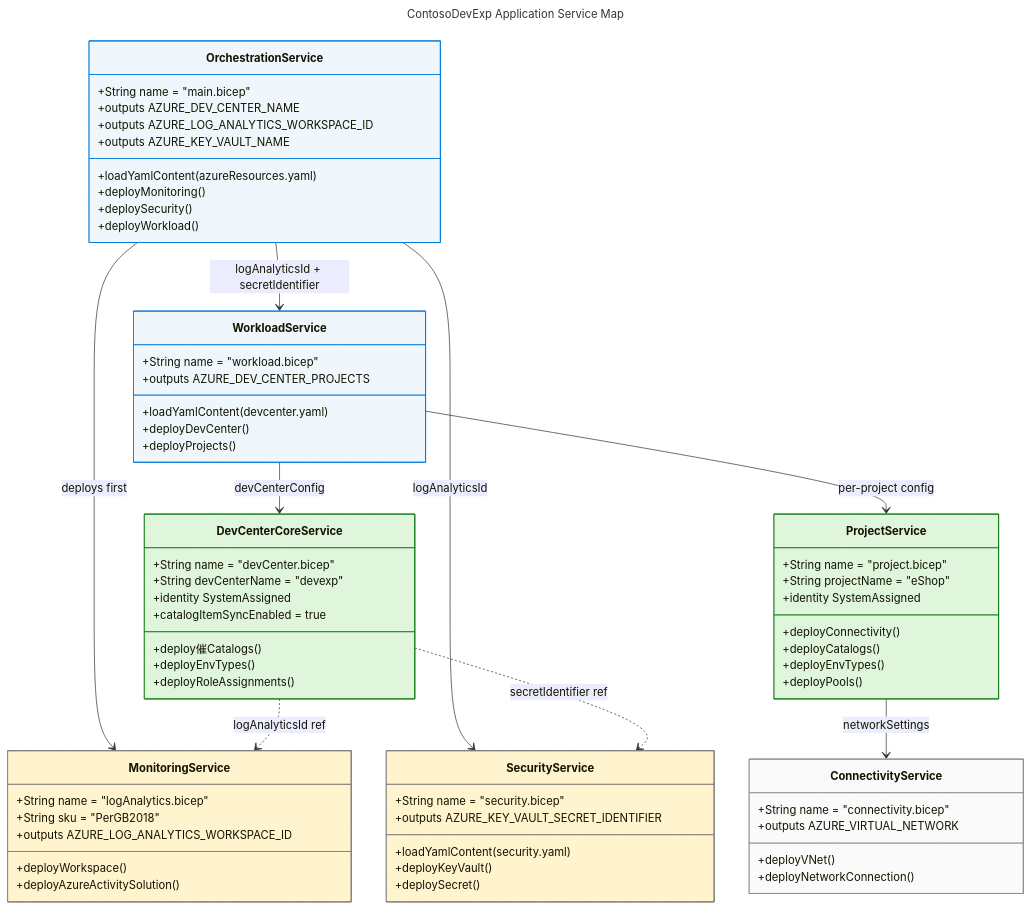
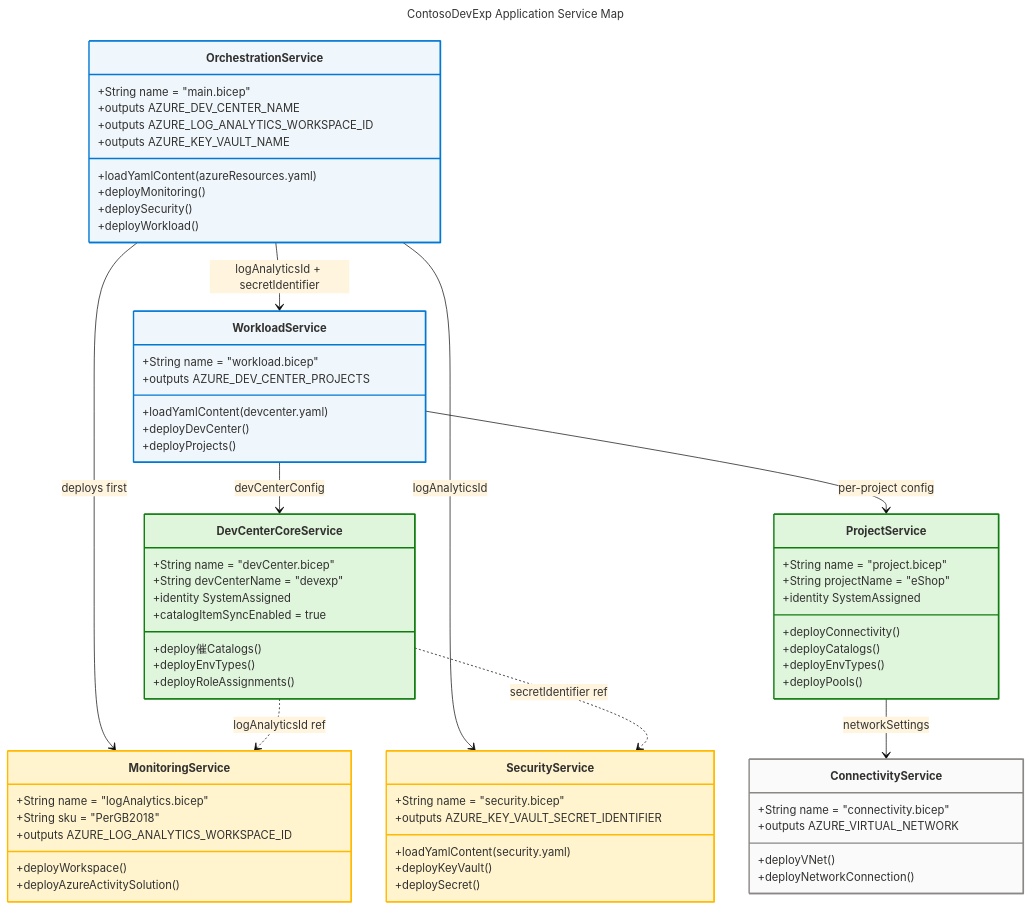
The first of 5 diagrams in docs/architecture/app-arch.md (Evilazaro/DevExp-DevBox), drawn with Mermaid before and after one commit. The commit also changed other lines of this file and 3 other files, not shown here.

First line of the commit message:
Enhance architecture documentation with detailed descriptions and WCAG compliance

````diff
--- a/docs/architecture/app-arch.md
+++ b/docs/architecture/app-arch.md
@@ -301,10 +301,26 @@
 ```mermaid
 ---
-title: ContosoDevExp Application Service Map
+title: "ContosoDevExp Application Service Map"
+config:
+  theme: base
+  look: classic
+  layout: dagre
+  themeVariables:
+    fontSize: '16px'
 ---
 classDiagram
     accTitle: ContosoDevExp Application Service Map
-    accDescr: Shows the hierarchical composition of application services and components in the ContosoDevExp platform
+    accDescr: Shows the hierarchical composition of application services and components in the ContosoDevExp platform. Nodes: OrchestrationService=core, WorkloadService=core, DevCenterCoreService=success, ProjectService=success, SecurityService=warning, MonitoringService=warning, ConnectivityService=neutral. WCAG AA compliant.
+    %%
+    %% AZURE / FLUENT ARCHITECTURE PATTERN v2.0
+    %% (Semantic + Structural + Font + Accessibility Governance)
+    %%
+    %% PHASE 1 - FLUENT UI: All styling uses approved Fluent UI palette only
+    %% PHASE 2 - GROUPS: Every subgraph has semantic color via style directive
+    %% PHASE 3 - COMPONENTS: Every node has semantic classDef + icon prefix
+    %% PHASE 4 - ACCESSIBILITY: accTitle/accDescr present, WCAG AA contrast
+    %% PHASE 5 - STANDARD: Governance block present, classDefs centralized
+    %%
 
     class OrchestrationService {
         +String name = "main.bicep"
@@ -377,11 +393,11 @@
     DevCenterCoreService ..> SecurityService : secretIdentifier ref
     DevCenterCoreService ..> MonitoringService : logAnalyticsId ref
 
-    style OrchestrationService fill:#EFF6FC,stroke:#0078D4
-    style WorkloadService fill:#EFF6FC,stroke:#0078D4
-    style DevCenterCoreService fill:#DFF6DD,stroke:#107C10
-    style ProjectService fill:#DFF6DD,stroke:#107C10
-    style SecurityService fill:#FFF4CE,stroke:#797673
-    style MonitoringService fill:#FFF4CE,stroke:#797673
-    style ConnectivityService fill:#FAFAFA,stroke:#8A8886
+    style OrchestrationService fill:#EFF6FC,stroke:#0078D4,stroke-width:2px,color:#323130
+    style WorkloadService fill:#EFF6FC,stroke:#0078D4,stroke-width:2px,color:#323130
+    style DevCenterCoreService fill:#DFF6DD,stroke:#107C10,stroke-width:2px,color:#323130
+    style ProjectService fill:#DFF6DD,stroke:#107C10,stroke-width:2px,color:#323130
+    style SecurityService fill:#FFF4CE,stroke:#FFB900,stroke-width:2px,color:#323130
+    style MonitoringService fill:#FFF4CE,stroke:#FFB900,stroke-width:2px,color:#323130
+    style ConnectivityService fill:#FAFAFA,stroke:#8A8886,stroke-width:2px,color:#323130
 ```
````
